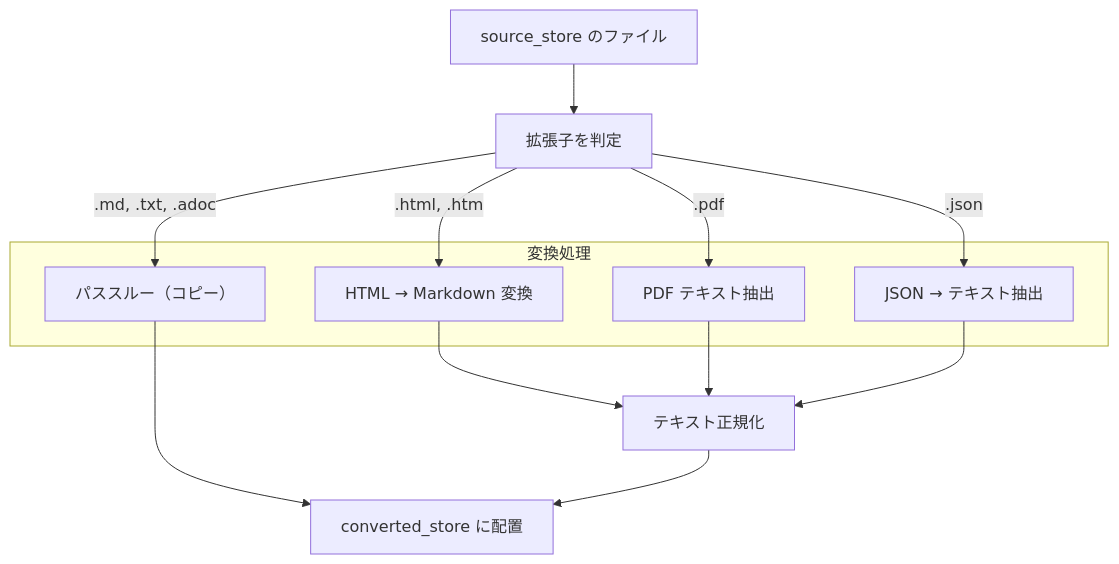
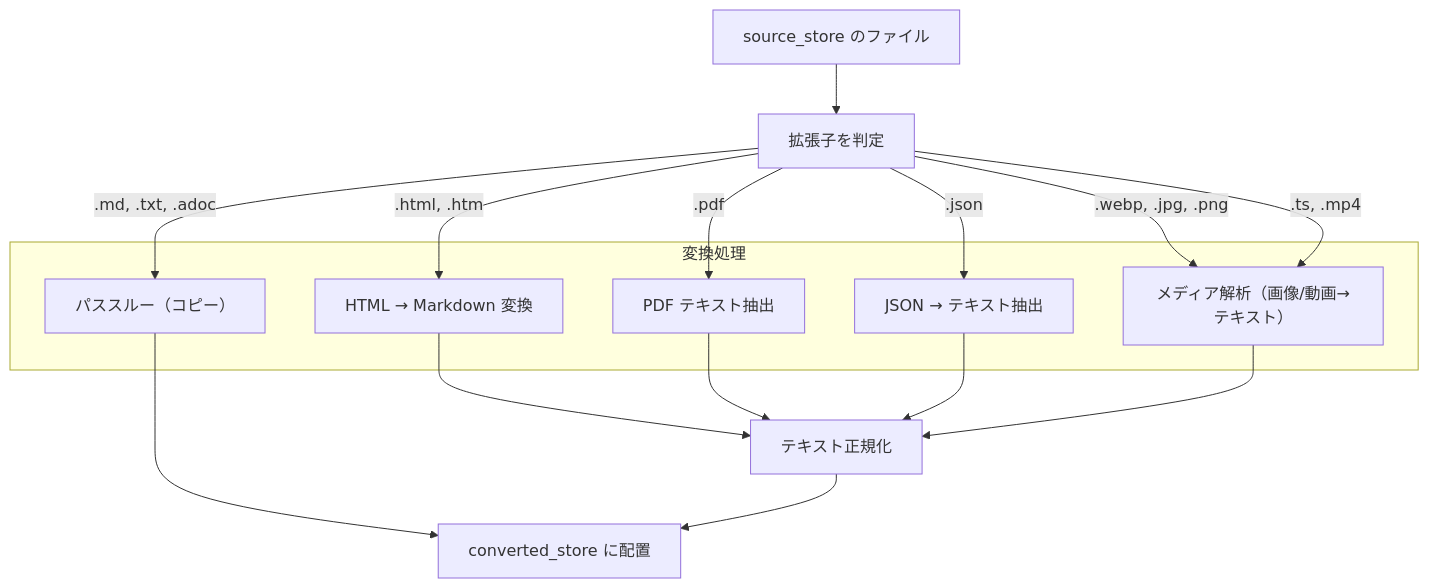
One commit to becky3/rag-knowledge changed the diagram in docs/specs/converter.md. Above: the diagram before and after it, drawn with Mermaid. The commit also changed other lines of this file and 4 other files, not shown here.

````diff
--- a/docs/specs/converter.md
+++ b/docs/specs/converter.md
@@ -87,26 +95,30 @@
 ```mermaid
 flowchart TD
     INPUT["source_store のファイル"]
     EXT["拡張子を判定"]
 
     subgraph CONVERT["変換処理"]
         HTML["HTML → Markdown 変換"]
         PDF["PDF テキスト抽出"]
         JSON["JSON → テキスト抽出"]
+        MEDIA["メディア解析（画像/動画→テキスト）"]
         PASS["パススルー（コピー）"]
     end
 
     NORM["テキスト正規化"]
     OUTPUT["converted_store に配置"]
 
     INPUT --> EXT
     EXT -->|.html, .htm| HTML
     EXT -->|.pdf| PDF
     EXT -->|.json| JSON
+    EXT -->|.webp, .jpg, .png| MEDIA
+    EXT -->|.ts, .mp4| MEDIA
     EXT -->|.md, .txt, .adoc| PASS
     HTML --> NORM
     PDF --> NORM
     JSON --> NORM
+    MEDIA --> NORM
     PASS --> OUTPUT
     NORM --> OUTPUT
 ```
````
